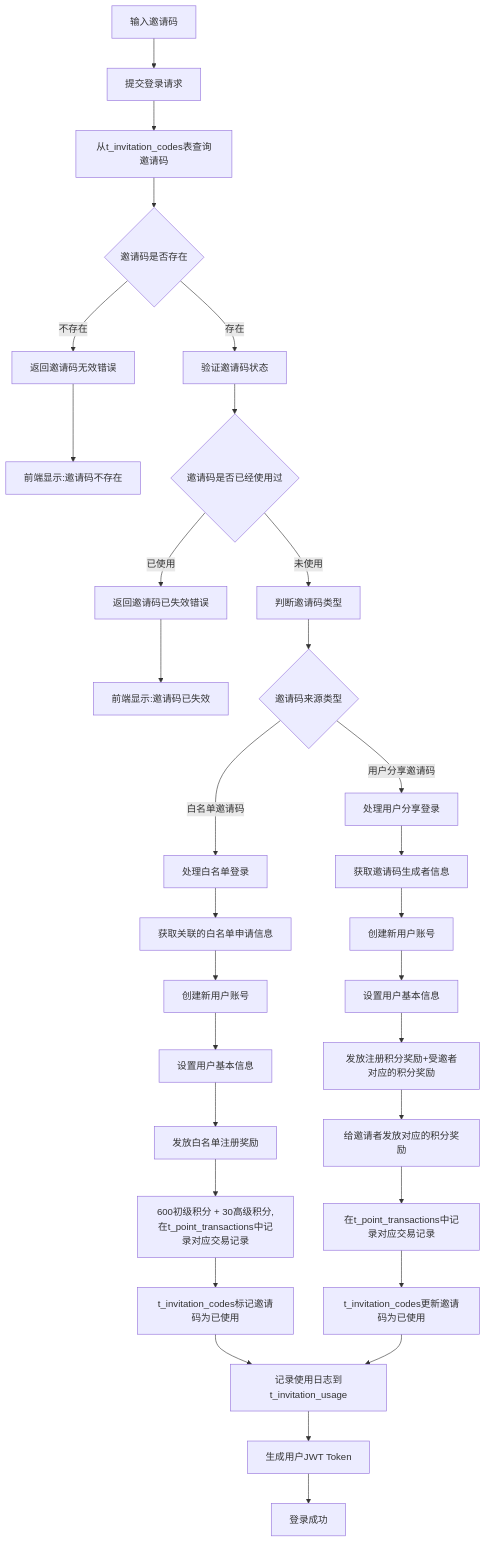
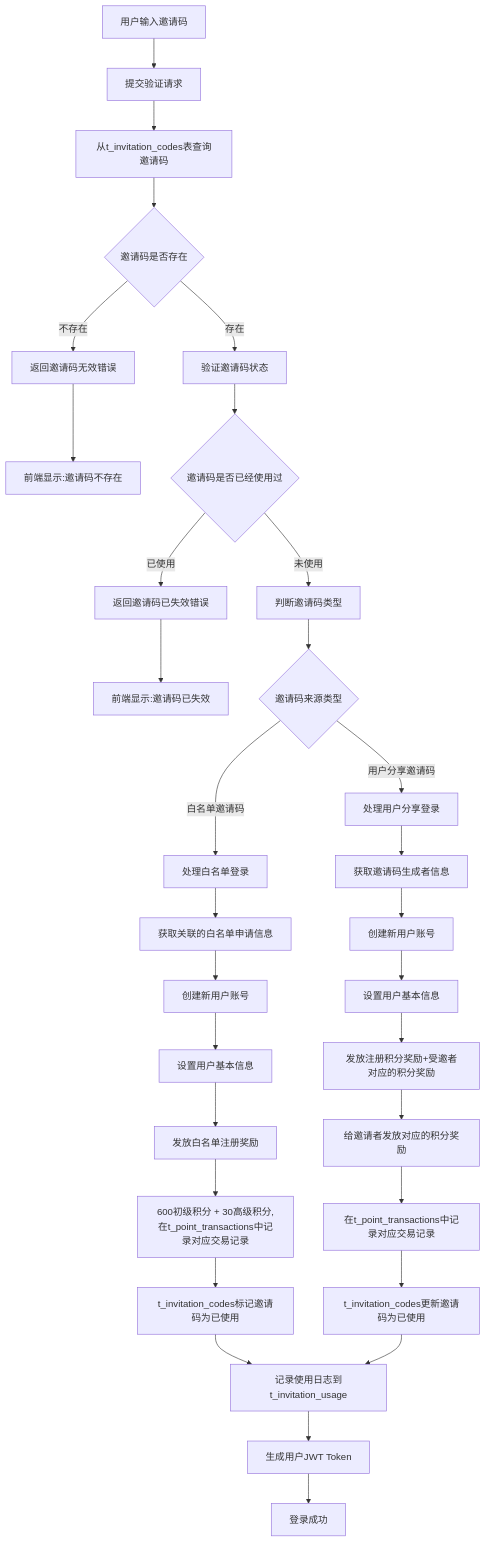
One commit to yingjianzh/iodraw-files changed the diagram in all/未命名-76.md. Above: the diagram before and after it, drawn with Mermaid.

Commit message:
2025-07-08 10:48:01 update

````diff
--- a/all/未命名-76.md
+++ b/all/未命名-76.md
@@ -1,41 +1,41 @@
 ```mermaid
 
 flowchart TD
-    B[输入邀请码]
-    B --> E[提交登录请求]
+    B[用户输入邀请码]
+    B --> E[提交验证请求]
     E --> H[从t_invitation_codes表查询邀请码]
     H --> I{邀请码是否存在}
     I -->|不存在| J[返回邀请码无效错误]
     J --> K[前端显示:邀请码不存在]
     
     I -->|存在| L[验证邀请码状态]
     L --> M{邀请码是否已经使用过}
     M -->|已使用| N[返回邀请码已失效错误]
     N --> O[前端显示:邀请码已失效]
     
     M -->|未使用| X[判断邀请码类型]
     X --> Y{邀请码来源类型}
     
     Y -->|白名单邀请码| Z[处理白名单登录]
     Z --> Z1[获取关联的白名单申请信息]
     Z1 --> Z2[创建新用户账号]
     Z2 --> Z3[设置用户基本信息]
     Z3 --> Z4[发放白名单注册奖励]
     Z4 --> Z5[600初级积分 + 30高级积分,在t_point_transactions中记录对应交易记录]
     Z5 --> Z6[t_invitation_codes标记邀请码为已使用]
     Z6 --> AA[记录使用日志到t_invitation_usage]
     
     Y -->|用户分享邀请码| BB[处理用户分享登录]
     BB --> BB1[获取邀请码生成者信息]
     BB1 --> BB2[创建新用户账号]
     BB2 --> BB3[设置用户基本信息]
     BB3 --> BB4[发放注册积分奖励+受邀者对应的积分奖励]
     BB4 --> BB5[给邀请者发放对应的积分奖励]
     BB5 --> BB6[在t_point_transactions中记录对应交易记录]
     BB6 --> BB7[t_invitation_codes更新邀请码为已使用]
     BB7 --> AA
     
     AA --> CC[生成用户JWT Token]
     CC --> DD[登录成功]  
 
 ```
````
